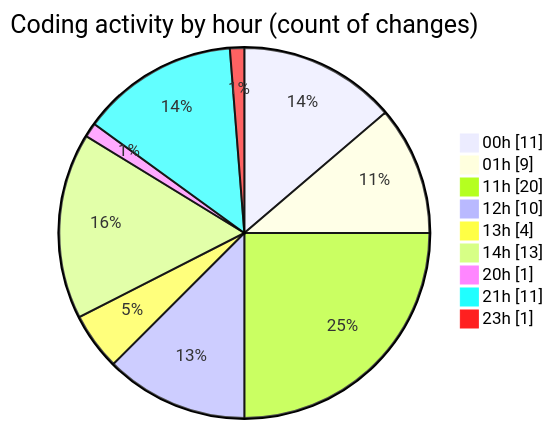
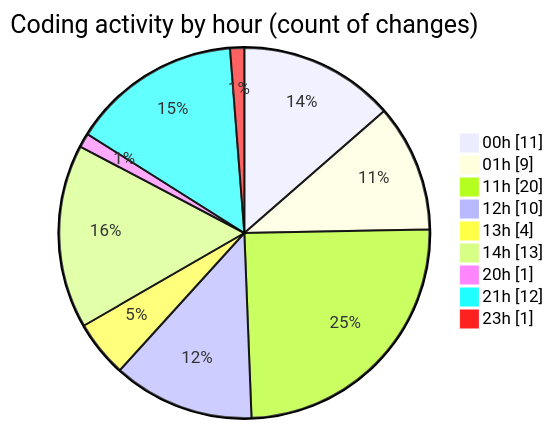
One commit to lephambinh05/code-tracking changed the second of 2 diagrams in 2025-07-18/nhahang/README.md. Above: the diagram before and after it, drawn with Mermaid. The commit also changed other lines of this file and 1 other file, not shown here.

````diff
--- a/2025-07-18/nhahang/README.md
+++ b/2025-07-18/nhahang/README.md
@@ -55,13 +55,13 @@
 ```mermaid
 pie showData
 title Coding activity by hour (count of changes)
 "00h" : 11
 "01h" : 9
 "11h" : 20
 "12h" : 10
 "13h" : 4
 "14h" : 13
 "20h" : 1
-"21h" : 11
+"21h" : 12
 "23h" : 1
 ```
````
